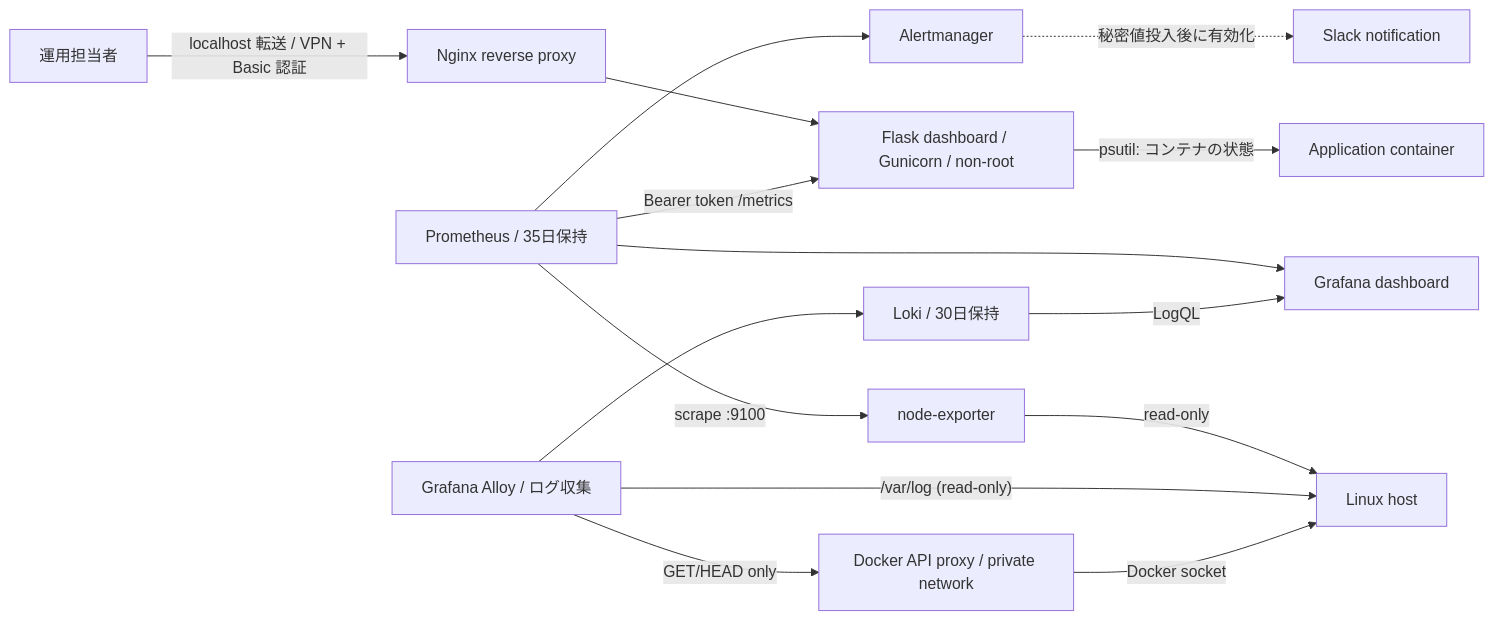
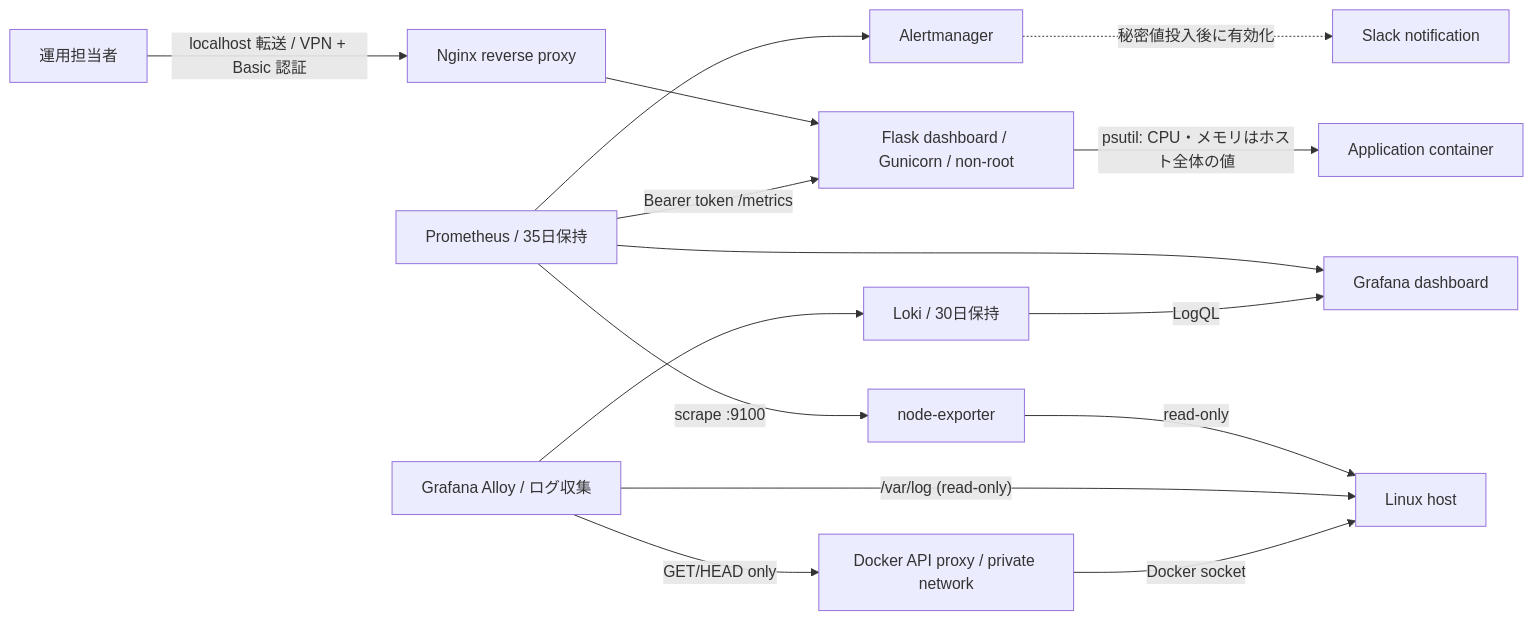
One commit to ns7jp/server changed the first of 2 diagrams in docs/architecture.md. Above: the diagram before and after it, drawn with Mermaid. The commit also changed other lines of this file and 7 other files, not shown here.

````diff
--- a/docs/architecture.md
+++ b/docs/architecture.md
@@ -9,19 +9,19 @@
 ```mermaid
 flowchart LR
     User["運用担当者"] -->|"localhost 転送 / VPN + Basic 認証"| Nginx["Nginx reverse proxy"]
     Nginx --> App["Flask dashboard / Gunicorn / non-root"]
-    App -->|"psutil: コンテナの状態"| Container["Application container"]
+    App -->|"psutil: CPU・メモリはホスト全体の値"| Container["Application container"]
 
     Prom["Prometheus / 35日保持"] -->|"Bearer token /metrics"| App
     Prom -->|"scrape :9100"| Node["node-exporter"]
     Node -->|"read-only"| Host["Linux host"]
     Prom --> Grafana["Grafana dashboard"]
     Prom --> Alert["Alertmanager"]
     Alert -.->|"秘密値投入後に有効化"| Slack["Slack notification"]
 
     Alloy["Grafana Alloy / ログ収集"] -->|"/var/log (read-only)"| Host
     Alloy -->|"GET/HEAD only"| DockerProxy["Docker API proxy / private network"]
     DockerProxy -->|"Docker socket"| Host
     Alloy --> Loki["Loki / 30日保持"]
     Loki -->|"LogQL"| Grafana
 ```
````
